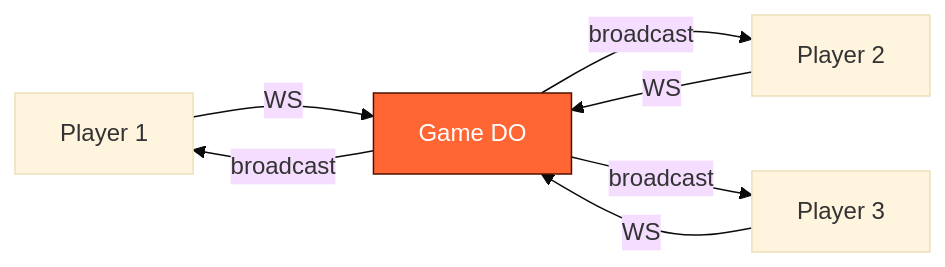
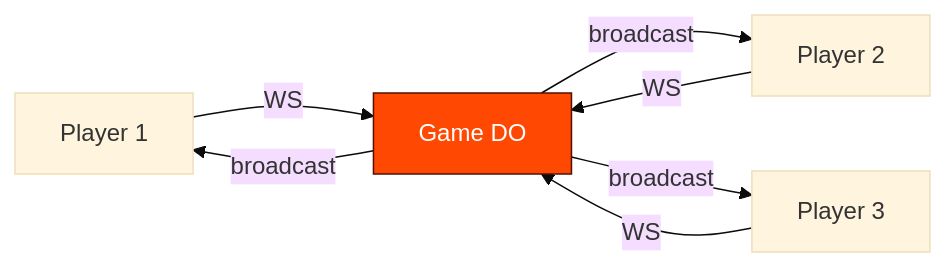
One commit to adewale/slide-maker changed the diagram in examples/durable-objects/slides.md. Above: the diagram before and after it, drawn with Mermaid (base theme). The commit also changed other lines of this file and 136 other files, not shown here.

First line of the commit message:
Source-ground all decks, update Cloudflare theme, and strengthen Mermaid linting

````diff
--- a/examples/durable-objects/slides.md
+++ b/examples/durable-objects/slides.md
@@ -243,8 +285,8 @@
 ```mermaid {theme: 'base', scale: 0.85}
 graph LR
   P1["Player 1"] -->|WS| DO["Game DO"]
   P2["Player 2"] -->|WS| DO
   P3["Player 3"] -->|WS| DO
   DO -->|broadcast| P1 & P2 & P3
-  style DO fill:#ff6633,stroke:#521000,color:#fff
+  style DO fill:#ff4801,stroke:#521000,color:#fff
 ```
````
